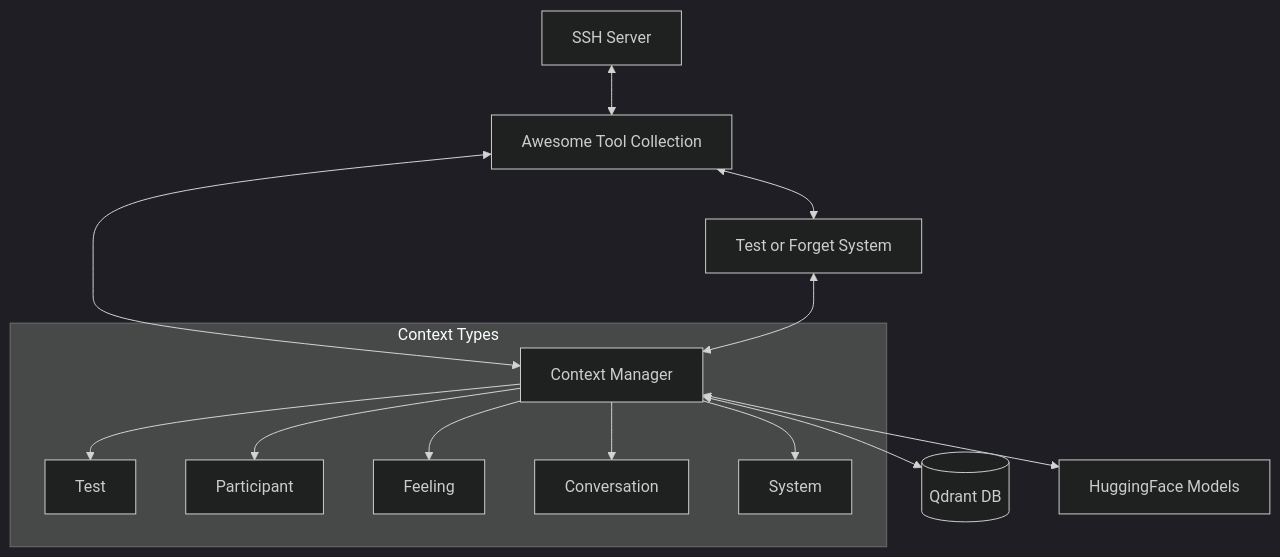
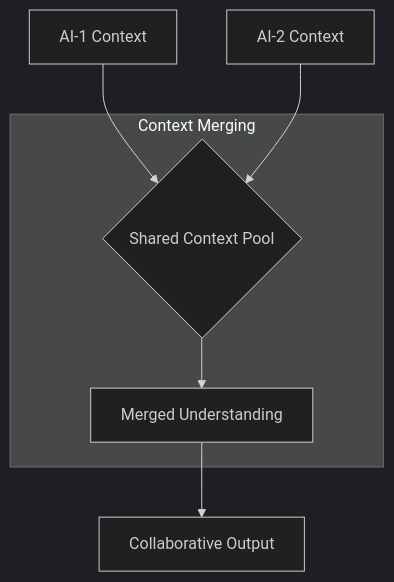
Before and after one commit to 8bit-wraith/mcp: the first of 4 diagrams in README.md, drawn with Mermaid (dark theme). The commit also changed other lines of this file, not shown here.

````diff
--- a/README.md
+++ b/README.md
@@ -173,17 +165,12 @@
 ```mermaid
 graph TD
-    SSH[SSH Server] <--> ATC[Awesome Tool Collection]
-    ATC <--> CM[Context Manager]
-    CM <--> QDB[(Qdrant DB)]
-    CM <--> HF[HuggingFace Models]
-    ATC <--> ToF[Test or Forget System]
-    ToF <--> CM
+    A[AI-1 Context] --> B{Shared Context Pool}
+    C[AI-2 Context] --> B
+    B --> D[Merged Understanding]
+    D --> E[Collaborative Output]
     
-    subgraph "Context Types"
-        CM --> T[Test]
-        CM --> P[Participant]
-        CM --> F[Feeling]
-        CM --> C[Conversation]
-        CM --> S[System]
+    subgraph "Context Merging"
+        B
+        D
     end
 ```
````
